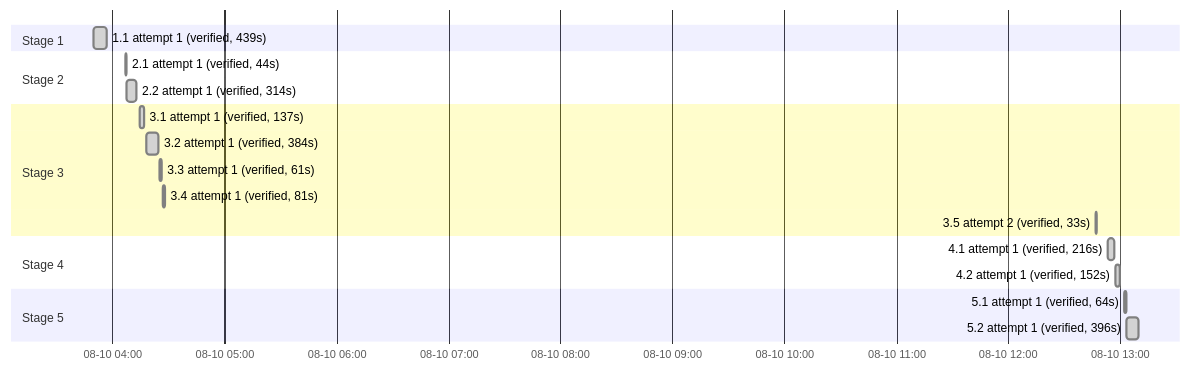
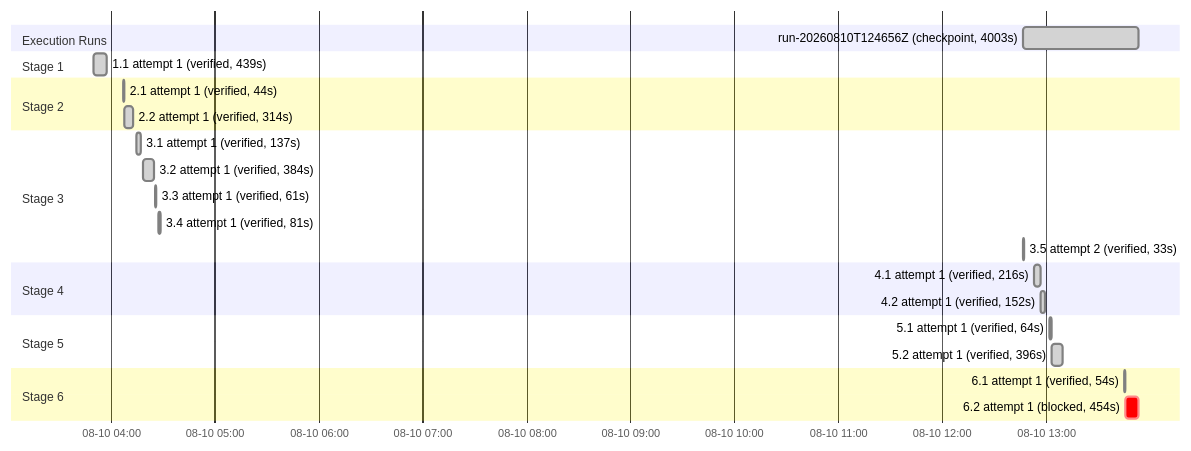
Before and after one commit to sohampatwardhan/json-tables: the diagram in .specs/json-visualizer/05_execution.md, drawn with Mermaid. The commit also changed other lines of this file and 11 other files, not shown here.

First line of the commit message:
Reach the Stage 6 checkpoint: read-only guarantee verified, packaged

````diff
--- a/.specs/json-visualizer/05_execution.md
+++ b/.specs/json-visualizer/05_execution.md
@@ -59,22 +61,27 @@
 ```mermaid
 gantt
     dateFormat YYYY-MM-DDTHH:mm:ss
     axisFormat %m-%d %H:%M
+    section Execution Runs
+    run-20260810T124656Z (checkpoint, 4003s) :done, run_20260810T124656Z, 2026-08-10T12:46:56, 2026-08-10T13:53:39
     section Stage 1
     1.1 attempt 1 (verified, 439s) :done, b_1_1_attempt1, 2026-08-10T03:49:55, 2026-08-10T03:57:14
     section Stage 2
     2.1 attempt 1 (verified, 44s) :done, b_2_1_attempt1, 2026-08-10T04:07:06, 2026-08-10T04:07:50
     2.2 attempt 1 (verified, 314s) :done, b_2_2_attempt1, 2026-08-10T04:07:50, 2026-08-10T04:13:04
     section Stage 3
     3.1 attempt 1 (verified, 137s) :done, b_3_1_attempt1, 2026-08-10T04:14:51, 2026-08-10T04:17:08
     3.2 attempt 1 (verified, 384s) :done, b_3_2_attempt1, 2026-08-10T04:18:23, 2026-08-10T04:24:47
     3.3 attempt 1 (verified, 61s) :done, b_3_3_attempt1, 2026-08-10T04:25:25, 2026-08-10T04:26:26
     3.4 attempt 1 (verified, 81s) :done, b_3_4_attempt1, 2026-08-10T04:27:06, 2026-08-10T04:28:27
     3.5 attempt 2 (verified, 33s) :done, b_3_5_attempt2, 2026-08-10T12:46:56, 2026-08-10T12:47:29
     section Stage 4
     4.1 attempt 1 (verified, 216s) :done, b_4_1_attempt1, 2026-08-10T12:53:16, 2026-08-10T12:56:52
     4.2 attempt 1 (verified, 152s) :done, b_4_2_attempt1, 2026-08-10T12:57:21, 2026-08-10T12:59:53
     section Stage 5
     5.1 attempt 1 (verified, 64s) :done, b_5_1_attempt1, 2026-08-10T13:02:11, 2026-08-10T13:03:15
     5.2 attempt 1 (verified, 396s) :done, b_5_2_attempt1, 2026-08-10T13:03:15, 2026-08-10T13:09:51
+    section Stage 6
+    6.1 attempt 1 (verified, 54s) :done, b_6_1_attempt1, 2026-08-10T13:45:11, 2026-08-10T13:46:05
+    6.2 attempt 1 (blocked, 454s) :crit, b_6_2_attempt1, 2026-08-10T13:46:05, 2026-08-10T13:53:39
 ```
````
